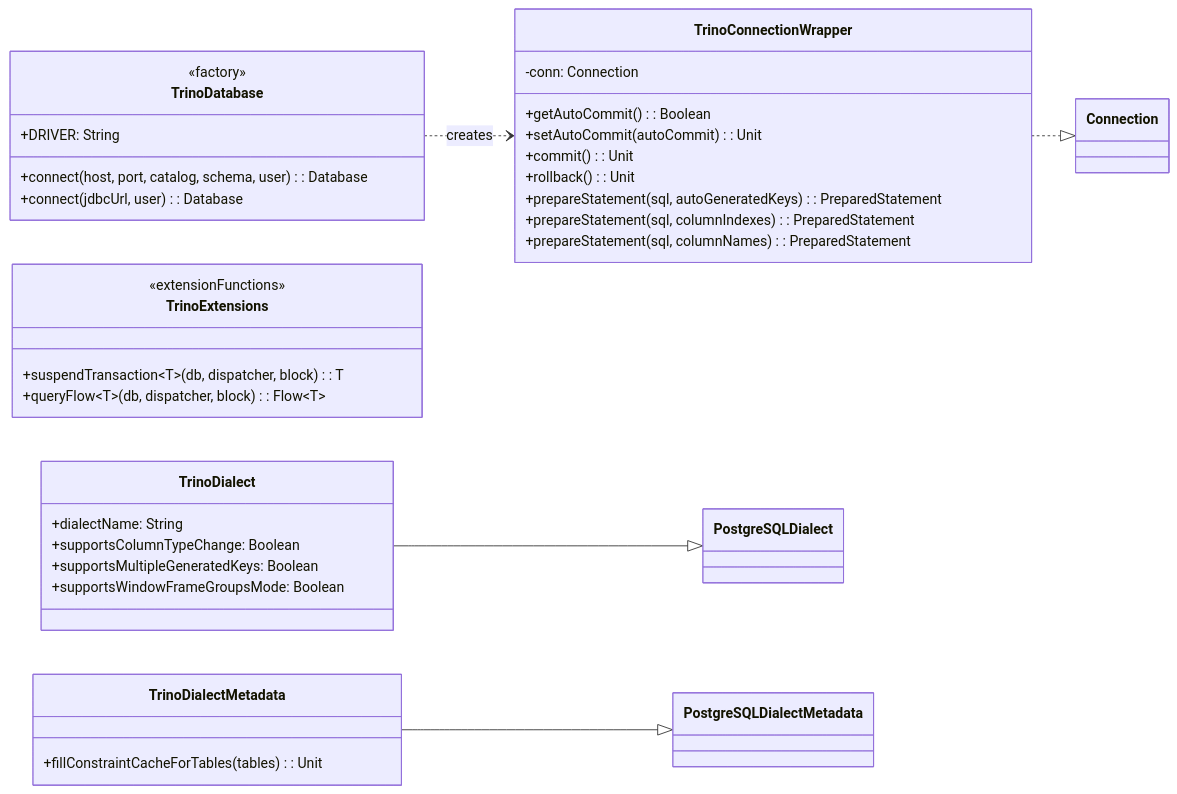
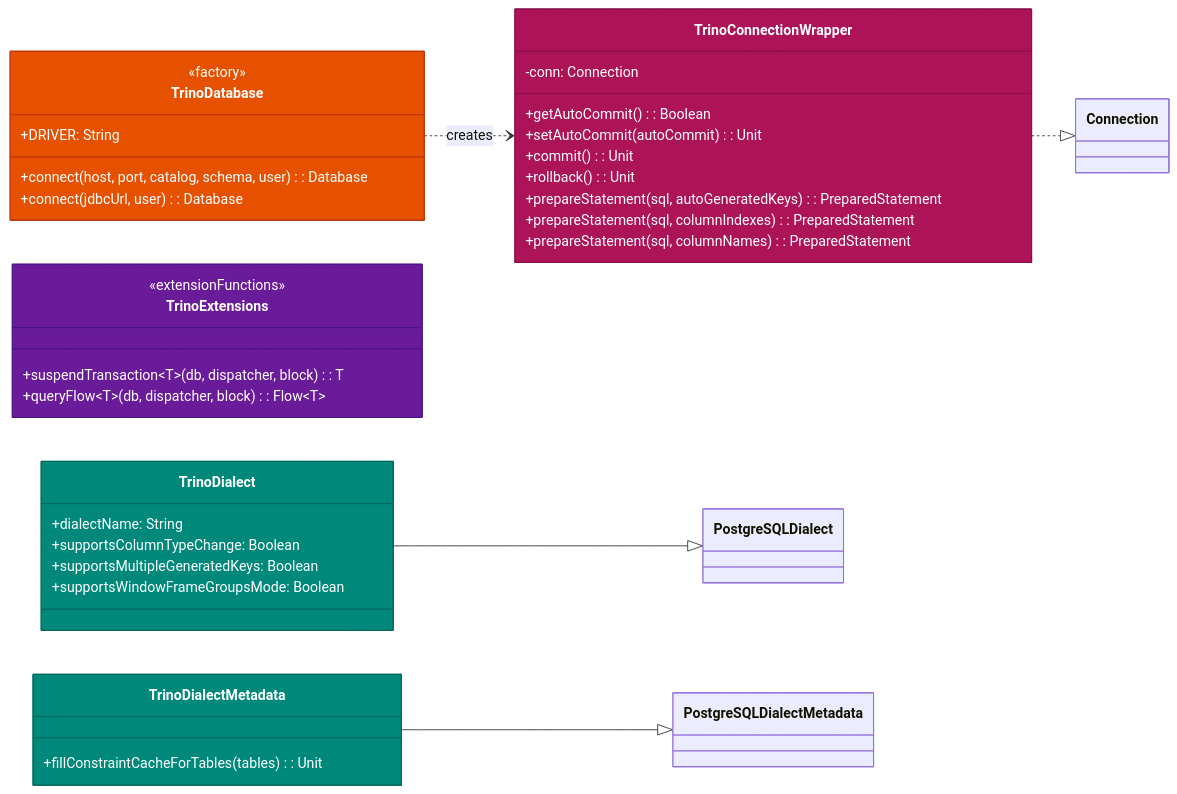
One commit to bluetape4k/bluetape4k-projects changed the first of 2 diagrams in data/exposed-trino/README.ko.md. Above: the diagram before and after it, drawn with Mermaid. The commit also changed other lines of this file and 221 other files, not shown here.

First line of the commit message:
docs: 전체 모듈 README UML 다이어그램 보강 및 색상 업그레이드

````diff
--- a/data/exposed-trino/README.ko.md
+++ b/data/exposed-trino/README.ko.md
@@ -164,39 +164,45 @@
 ```mermaid
 classDiagram
     direction LR
     class TrinoDatabase {
         <<factory>>
         +DRIVER: String
         +connect(host, port, catalog, schema, user): Database
         +connect(jdbcUrl, user): Database
     }
     class TrinoExtensions {
         <<extensionFunctions>>
         +suspendTransaction~T~(db, dispatcher, block): T
         +queryFlow~T~(db, dispatcher, block): Flow~T~
     }
     class TrinoConnectionWrapper {
         -conn: Connection
         +getAutoCommit(): Boolean
         +setAutoCommit(autoCommit): Unit
         +commit(): Unit
         +rollback(): Unit
         +prepareStatement(sql, autoGeneratedKeys): PreparedStatement
         +prepareStatement(sql, columnIndexes): PreparedStatement
         +prepareStatement(sql, columnNames): PreparedStatement
     }
     class TrinoDialect {
         +dialectName: String
         +supportsColumnTypeChange: Boolean
         +supportsMultipleGeneratedKeys: Boolean
         +supportsWindowFrameGroupsMode: Boolean
     }
     class TrinoDialectMetadata {
         +fillConstraintCacheForTables(tables): Unit
     }
 
     TrinoDialect --|> PostgreSQLDialect
     TrinoDialectMetadata --|> PostgreSQLDialectMetadata
     TrinoDatabase ..> TrinoConnectionWrapper : creates
     TrinoConnectionWrapper ..|> Connection
+
+    style TrinoDatabase fill:#E65100,stroke:#BF360C,color:#FFFFFF
+    style TrinoExtensions fill:#6A1B9A,stroke:#4A148C,color:#FFFFFF
+    style TrinoConnectionWrapper fill:#AD1457,stroke:#880E4F,color:#FFFFFF
+    style TrinoDialect fill:#00897B,stroke:#00695C,color:#FFFFFF
+    style TrinoDialectMetadata fill:#00897B,stroke:#00695C,color:#FFFFFF
 ```
````
